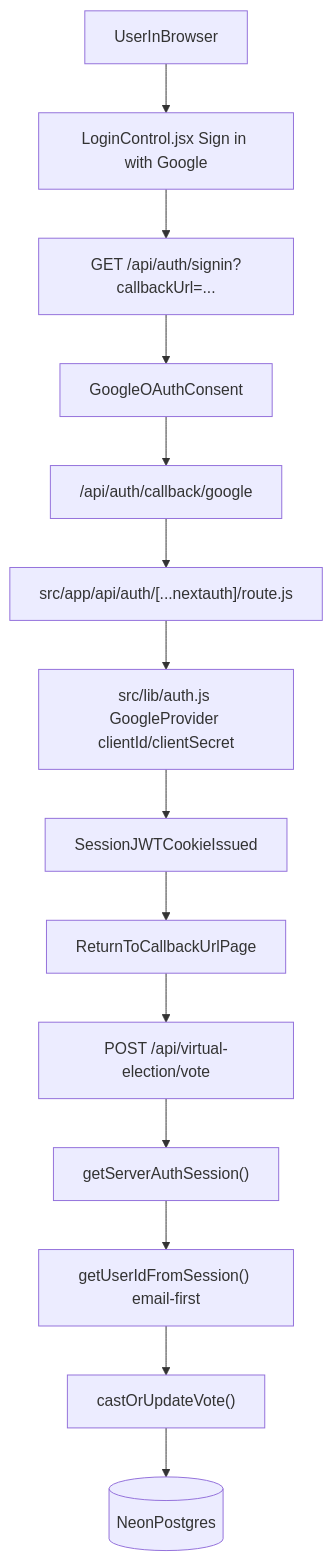
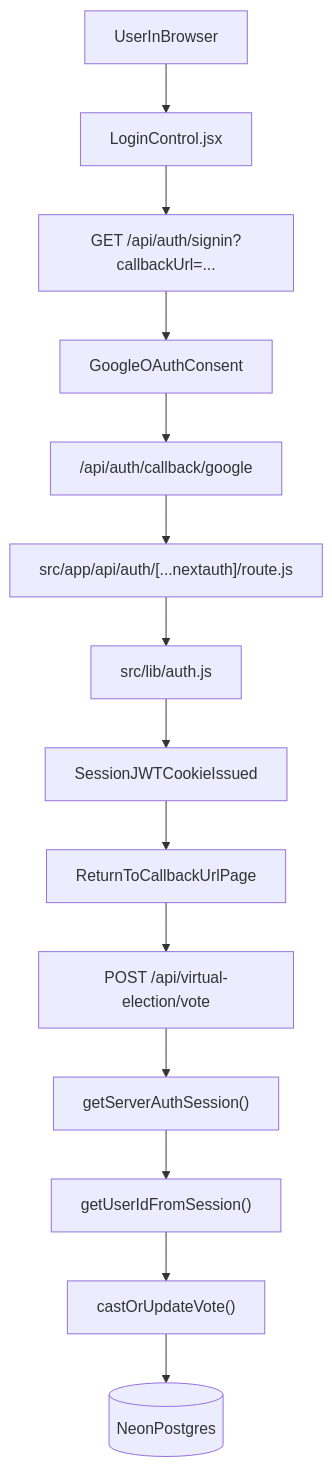
One commit to CaulesGe/VirtualElection changed the fourth of 4 diagrams in README.md. Above: the diagram before and after it, drawn with Mermaid. The commit also changed other lines of this file and 1 other file, not shown here.

````diff
--- a/README.md
+++ b/README.md
@@ -151,16 +190,16 @@
 ```mermaid
 flowchart TD
-  user[UserInBrowser] --> loginControl["LoginControl.jsx Sign in with Google"]
+  user[UserInBrowser] --> loginControl["LoginControl.jsx"]
   loginControl --> signInRoute["GET /api/auth/signin?callbackUrl=..."]
   signInRoute --> googleOAuth[GoogleOAuthConsent]
   googleOAuth --> callbackRoute["/api/auth/callback/google"]
   callbackRoute --> nextAuthHandler["src/app/api/auth/[...nextauth]/route.js"]
-  nextAuthHandler --> authConfig["src/lib/auth.js GoogleProvider clientId/clientSecret"]
+  nextAuthHandler --> authConfig["src/lib/auth.js"]
   authConfig --> sessionIssued[SessionJWTCookieIssued]
   sessionIssued --> callbackPage[ReturnToCallbackUrlPage]
   callbackPage --> voteApi["POST /api/virtual-election/vote"]
   voteApi --> sessionCheck["getServerAuthSession()"]
-  sessionCheck --> identity["getUserIdFromSession() email-first"]
+  sessionCheck --> identity["getUserIdFromSession()"]
   identity --> voteService["castOrUpdateVote()"]
   voteService --> db[(NeonPostgres)]
 ```
````
